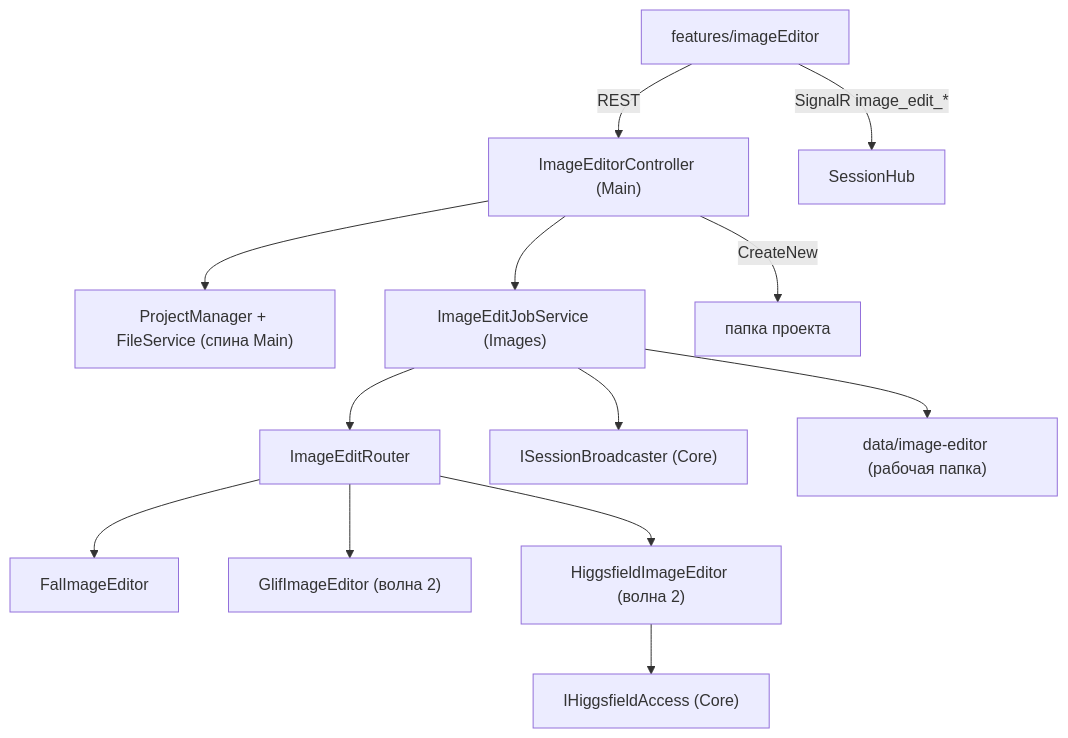
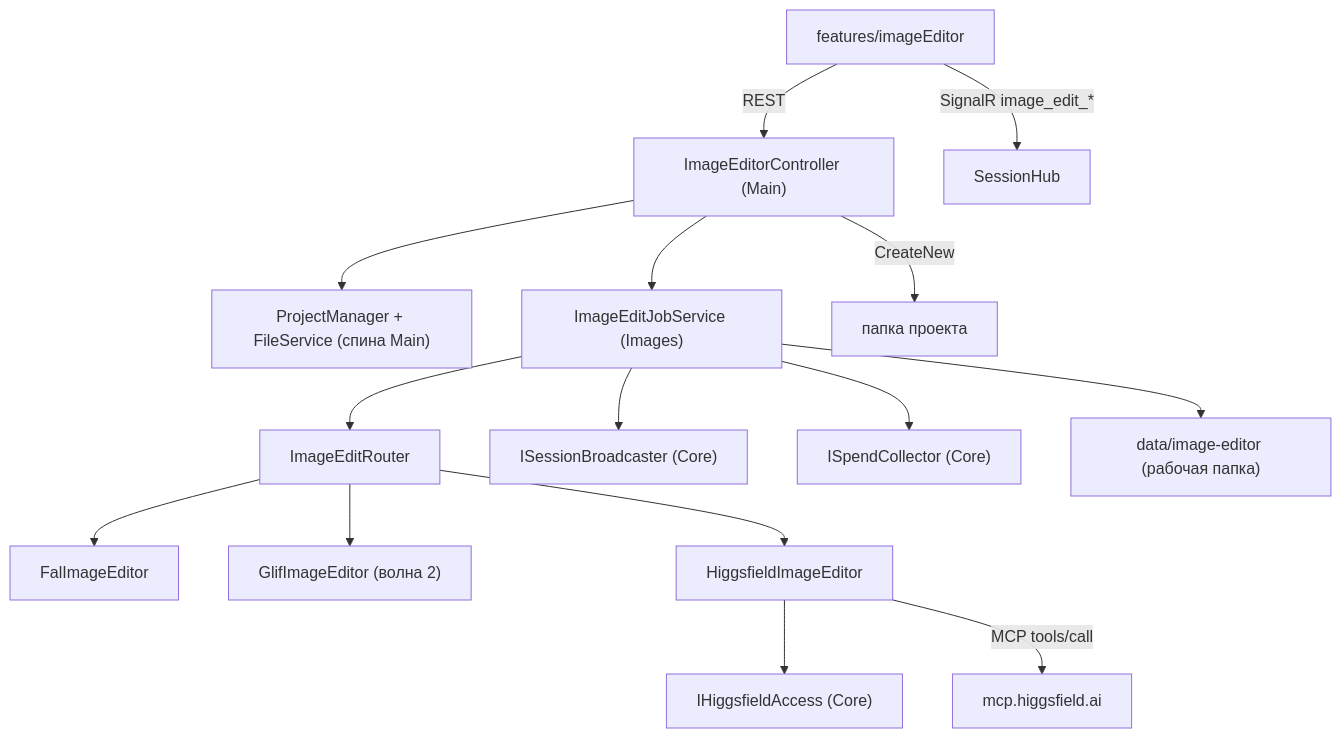
The diagram in docs/adr/ADR-016-image-editor.md (naychenko2/ClaudeCodeServer), drawn with Mermaid before and after one commit. The commit also changed other lines of this file, not shown here.

First line of the commit message:
docs(adr): добавить в ADR-016 выбор поставщика и Higgsfield в MVP

````diff
--- a/docs/adr/ADR-016-image-editor.md
+++ b/docs/adr/ADR-016-image-editor.md
@@ -131,15 +177,17 @@
 ```mermaid
 flowchart TD
   FE["features/imageEditor"] -->|REST| CTRL["ImageEditorController (Main)"]
   FE -->|SignalR image_edit_*| HUB["SessionHub"]
   CTRL --> PM["ProjectManager + FileService (спина Main)"]
   CTRL --> JOB["ImageEditJobService (Images)"]
   JOB --> RT["ImageEditRouter"]
   RT --> FAL["FalImageEditor"]
   RT --> GLIF["GlifImageEditor (волна 2)"]
-  RT --> HF["HiggsfieldImageEditor (волна 2)"]
+  RT --> HF["HiggsfieldImageEditor"]
   HF --> SEAM["IHiggsfieldAccess (Core)"]
+  HF -->|"MCP tools/call"| HFAPI["mcp.higgsfield.ai"]
   JOB --> BR["ISessionBroadcaster (Core)"]
+  JOB --> SP["ISpendCollector (Core)"]
   JOB --> WS["data/image-editor (рабочая папка)"]
   CTRL -->|CreateNew| PRJ["папка проекта"]
 ```
````
